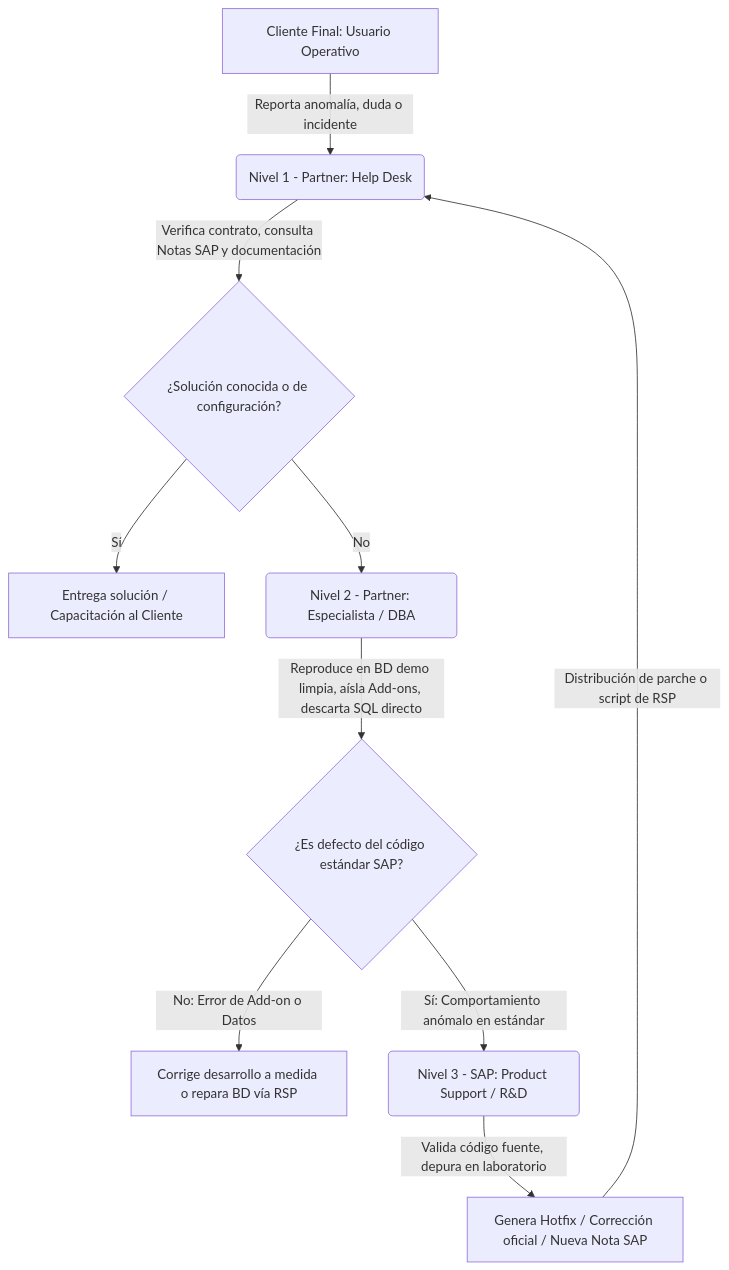
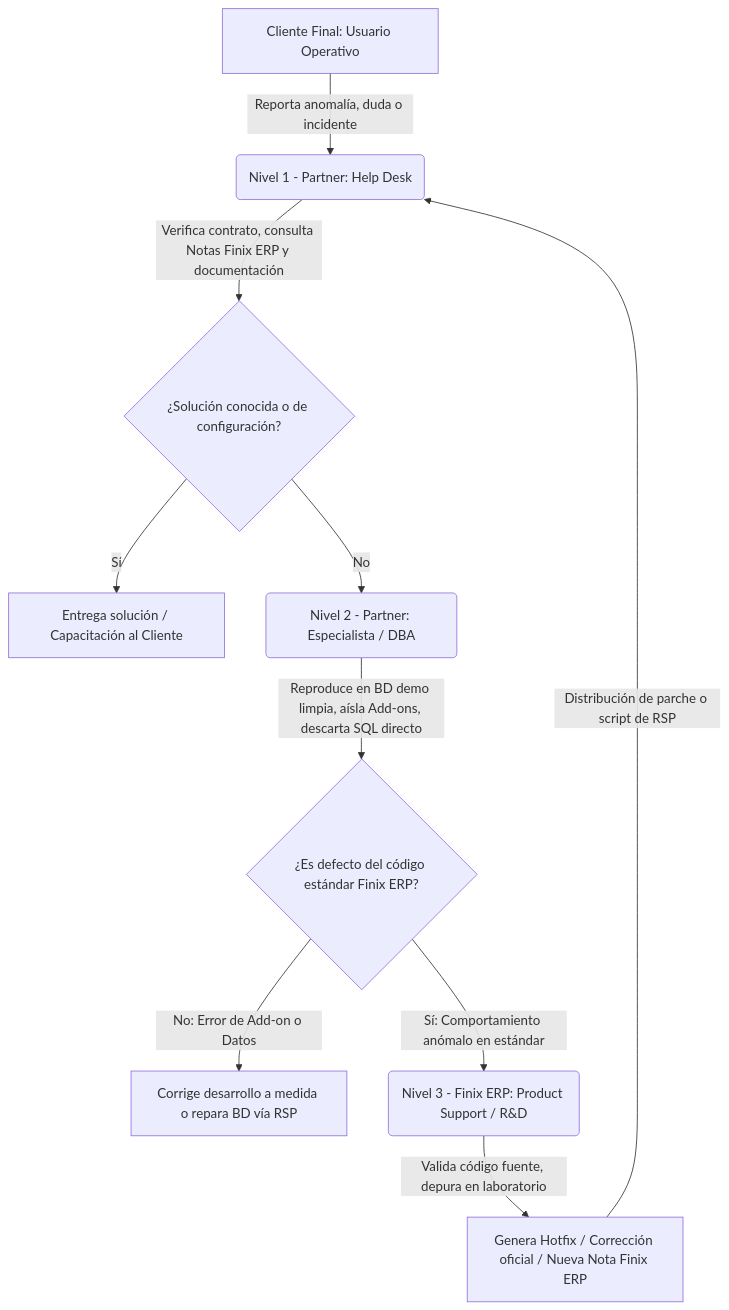
The first of 11 diagrams in public/modulos/Modulo_09.md (pablofgarciaf/B1-ACADEMY), drawn with Mermaid before and after one commit. The commit also changed other lines of this file and 4125 other files, not shown here.

````diff
--- a/public/modulos/Modulo_09.md
+++ b/public/modulos/Modulo_09.md
@@ -45,12 +45,12 @@
 ```mermaid
 graph TD
     A[Cliente Final: Usuario Operativo] -->|Reporta anomalía, duda o incidente| B(Nivel 1 - Partner: Help Desk)
-    B -->|Verifica contrato, consulta Notas SAP y documentación| C{¿Solución conocida o de configuración?}
+    B -->|Verifica contrato, consulta Notas Finix ERP y documentación| C{¿Solución conocida o de configuración?}
     C -->|Sí| D[Entrega solución / Capacitación al Cliente]
     C -->|No| E(Nivel 2 - Partner: Especialista / DBA)
-    E -->|Reproduce en BD demo limpia, aísla Add-ons, descarta SQL directo| F{¿Es defecto del código estándar SAP?}
+    E -->|Reproduce en BD demo limpia, aísla Add-ons, descarta SQL directo| F{¿Es defecto del código estándar Finix ERP?}
     F -->|No: Error de Add-on o Datos| G[Corrige desarrollo a medida o repara BD vía RSP]
-    F -->|Sí: Comportamiento anómalo en estándar| H(Nivel 3 - SAP: Product Support / R&D)
-    H -->|Valida código fuente, depura en laboratorio| I[Genera Hotfix / Corrección oficial / Nueva Nota SAP]
+    F -->|Sí: Comportamiento anómalo en estándar| H(Nivel 3 - Finix ERP: Product Support / R&D)
+    H -->|Valida código fuente, depura en laboratorio| I[Genera Hotfix / Corrección oficial / Nueva Nota Finix ERP]
     I -->|Distribución de parche o script de RSP| B
 ```
````
